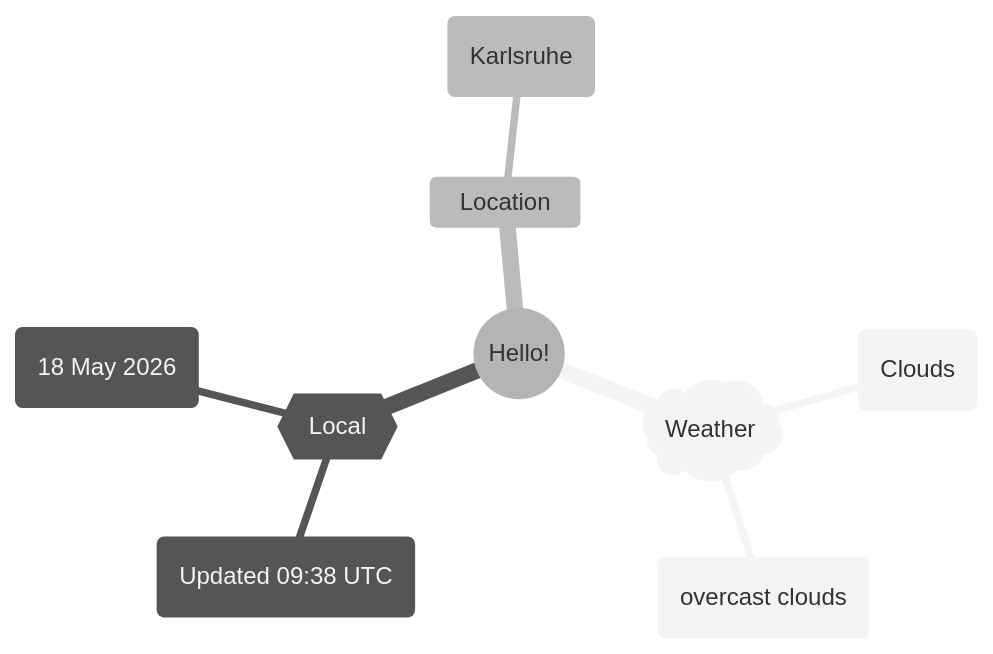
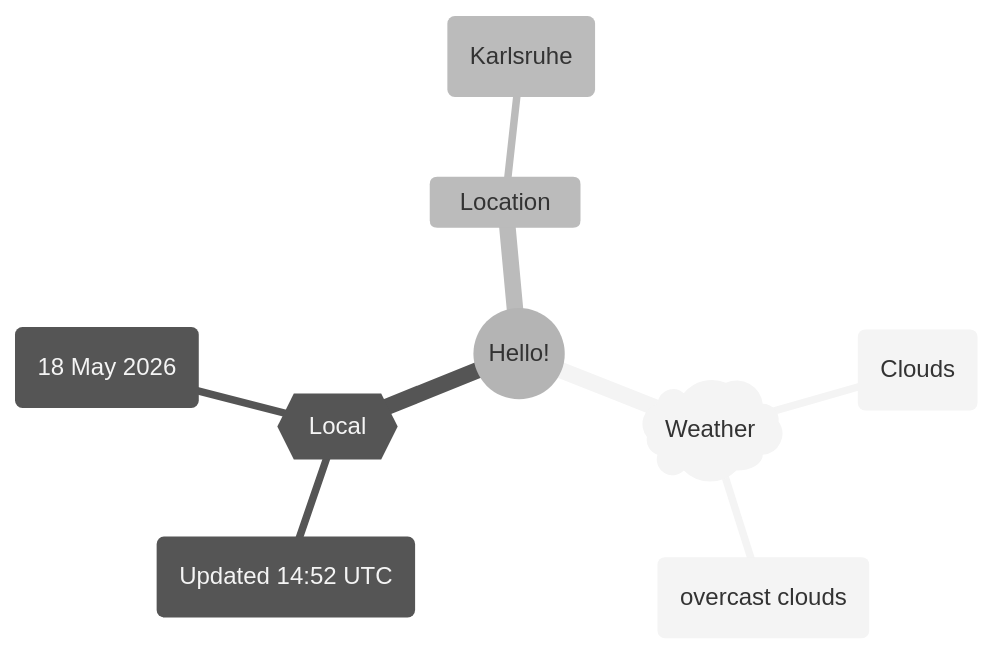
Before and after one commit to Xosrov/Xosrov: the first of 2 diagrams in README.md, drawn with Mermaid (neutral theme).

Commit message:
[bot] updated images

````diff
--- a/README.md
+++ b/README.md
@@ -3,12 +3,12 @@
 ```mermaid
 mindmap
   root((Hello!))
     )Weather(
         (Clouds)
         (overcast clouds)
     {{Local}}
-        (Updated 09:38 UTC)
+        (Updated 14:52 UTC)
         (18 May 2026)
     Location
         (Karlsruhe)
 ```
````
